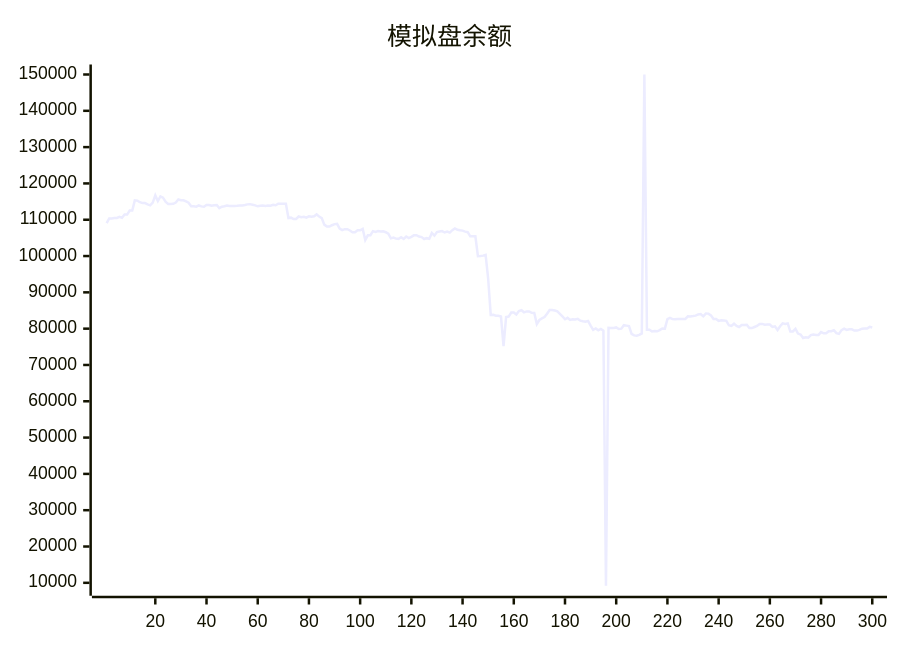
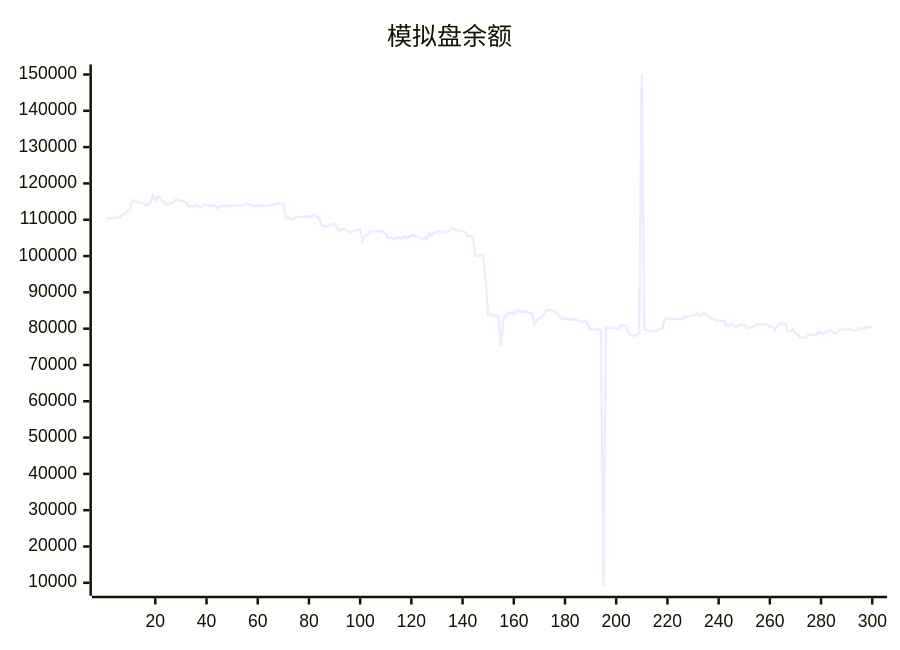
Before and after one commit to aahl/ai-trading: the diagram in README.md, drawn with Mermaid. The commit also changed other lines of this file and 1 other file, not shown here.

````diff
--- a/README.md
+++ b/README.md
@@ -5,5 +5,5 @@
 ```mermaid
 xychart
     title "模拟盘余额"
-    line [109071,110342,110342,110488,110488,110814,110531,111421,111421,112518,112522,115341,115266,114830,114584,114588,114231,113973,114726,116697,115160,116423,116083,114950,114365,114365,114388,114730,115582,115358,115358,115032,114686,113688,113688,113610,113930,113672,113585,114083,114074,113840,113996,114051,113208,113593,113701,113901,113794,113784,113810,113848,113927,113929,114064,114232,114293,114144,113960,113698,113853,113942,113812,113908,113877,114091,113998,114427,114422,114384,114384,110477,110576,110198,110198,110890,110712,110812,110569,110929,110847,110968,111478,110870,110433,108661,108116,108115,108485,108797,108877,107536,107134,107393,107393,107046,106565,106565,107081,107081,107478,104404,105715,105749,106866,106651,106889,106771,106816,106565,106141,104876,105103,104796,104734,105169,104690,105380,104941,105272,105709,105739,105374,105227,104691,104924,104762,106364,105628,106608,106748,106872,106485,106721,106468,107132,107620,107224,107080,107001,106717,106567,105431,105431,105440,99950,100017,100113,100337,93749,83795,83807,83567,83567,83342,75168,83222,83336,84448,84449,83896,84839,85065,84499,84757,84757,84364,84347,81254,82385,82835,83184,84099,85150,85150,85002,84751,84096,83356,82582,82983,82404,82572,82512,82688,82200,82047,81920,82125,80840,79688,80060,79552,79920,79470,9193,80236,80208,80170,80336,79894,80006,80954,80837,80712,78561,78139,78037,78293,78682,150000,79720,79720,79214,79372,79279,79591,80046,79993,82625,82950,82626,82571,82633,82670,82670,82681,83386,83378,83464,83579,83920,84037,83402,84160,84142,83652,82655,82655,82145,82315,82243,82163,80934,80770,81371,80742,80468,80989,80989,81067,80191,80155,80450,80737,81309,81309,81106,81119,81119,80471,80631,79624,80670,81448,81290,81429,79212,79222,79940,78643,78380,77432,77623,77504,78235,78358,78284,78277,79048,78714,78714,79290,79308,79567,78763,78563,79603,79988,79652,79813,79813,79476,79469,79673,79995,80015,80015,80486,80314]
+    line [110342,110342,110488,110488,110814,110531,111421,111421,112518,112522,115341,115266,114830,114584,114588,114231,113973,114726,116697,115160,116423,116083,114950,114365,114365,114388,114730,115582,115358,115358,115032,114686,113688,113688,113610,113930,113672,113585,114083,114074,113840,113996,114051,113208,113593,113701,113901,113794,113784,113810,113848,113927,113929,114064,114232,114293,114144,113960,113698,113853,113942,113812,113908,113877,114091,113998,114427,114422,114384,114384,110477,110576,110198,110198,110890,110712,110812,110569,110929,110847,110968,111478,110870,110433,108661,108116,108115,108485,108797,108877,107536,107134,107393,107393,107046,106565,106565,107081,107081,107478,104404,105715,105749,106866,106651,106889,106771,106816,106565,106141,104876,105103,104796,104734,105169,104690,105380,104941,105272,105709,105739,105374,105227,104691,104924,104762,106364,105628,106608,106748,106872,106485,106721,106468,107132,107620,107224,107080,107001,106717,106567,105431,105431,105440,99950,100017,100113,100337,93749,83795,83807,83567,83567,83342,75168,83222,83336,84448,84449,83896,84839,85065,84499,84757,84757,84364,84347,81254,82385,82835,83184,84099,85150,85150,85002,84751,84096,83356,82582,82983,82404,82572,82512,82688,82200,82047,81920,82125,80840,79688,80060,79552,79920,79470,9193,80236,80208,80170,80336,79894,80006,80954,80837,80712,78561,78139,78037,78293,78682,150000,79720,79720,79214,79372,79279,79591,80046,79993,82625,82950,82626,82571,82633,82670,82670,82681,83386,83378,83464,83579,83920,84037,83402,84160,84142,83652,82655,82655,82145,82315,82243,82163,80934,80770,81371,80742,80468,80989,80989,81067,80191,80155,80450,80737,81309,81309,81106,81119,81119,80471,80631,79624,80670,81448,81290,81429,79212,79222,79940,78643,78380,77432,77623,77504,78235,78358,78284,78277,79048,78714,78714,79290,79308,79567,78763,78563,79603,79988,79652,79813,79813,79476,79469,79673,79995,80015,80015,80486,80314,80600]
 ```
````
